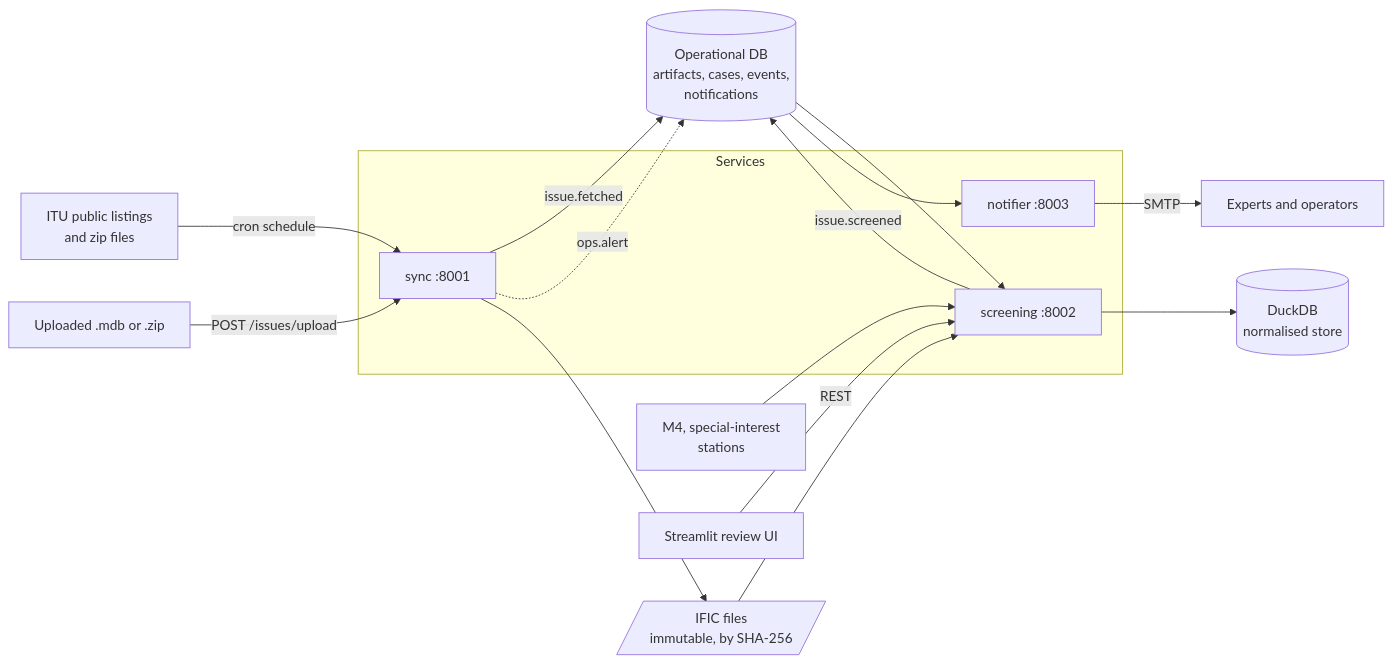
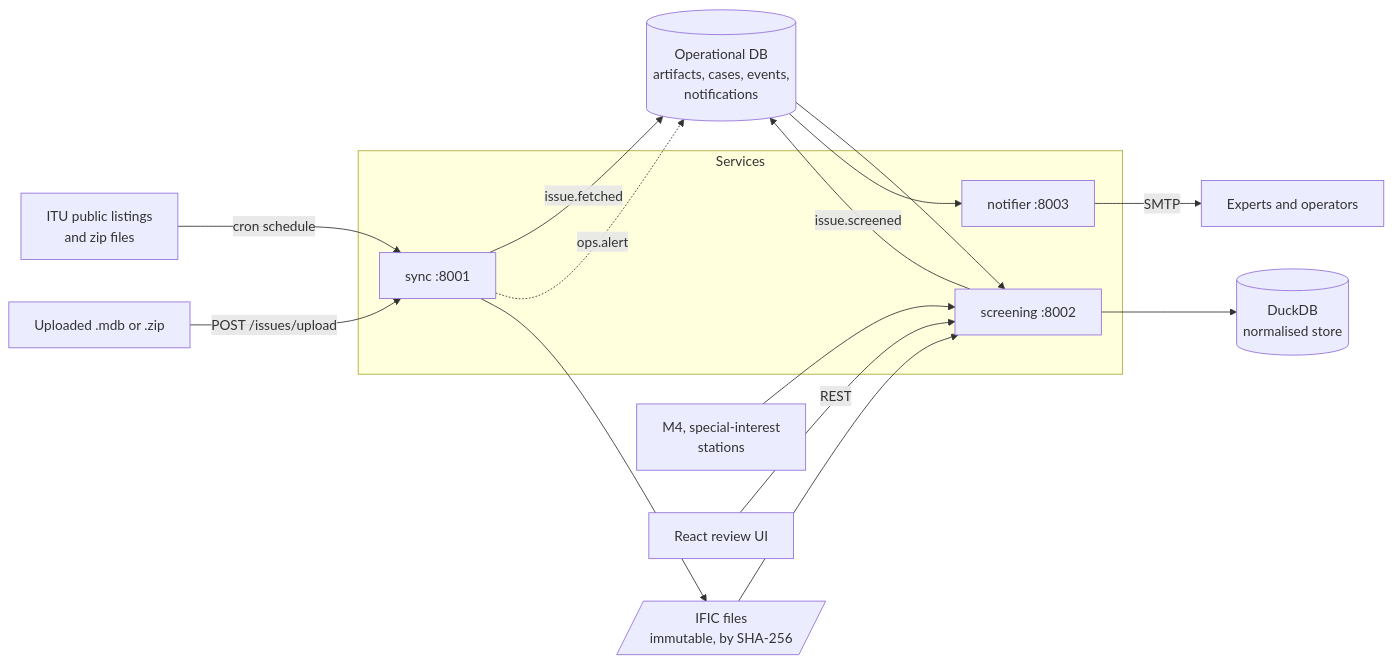
One commit to KH4St3H/taivas-guard changed the diagram in docs/services-architecture.md. Above: the diagram before and after it, drawn with Mermaid. The commit also changed other lines of this file and 16 other files, not shown here.

````diff
--- a/docs/services-architecture.md
+++ b/docs/services-architecture.md
@@ -23,25 +23,25 @@
 ```mermaid
 flowchart LR
     ITU[ITU public listings<br/>and zip files] -->|cron schedule| SYNC
     UPLOAD[Uploaded .mdb or .zip] -->|POST /issues/upload| SYNC
 
     subgraph Services
         SYNC[sync :8001]
         SCREEN[screening :8002]
         NOTIFY[notifier :8003]
     end
 
     SYNC -->|issue.fetched| OPS[(Operational DB<br/>artifacts, cases, events,<br/>notifications)]
     OPS --> SCREEN
     SCREEN -->|issue.screened| OPS
     OPS --> NOTIFY
     SYNC -.->|ops.alert| OPS
 
     SYNC --> FILES[/IFIC files<br/>immutable, by SHA-256/]
     FILES --> SCREEN
     SCREEN --> DUCK[(DuckDB<br/>normalised store)]
     NATIONAL[M4, special-interest<br/>stations] --> SCREEN
 
     NOTIFY -->|SMTP| MAIL[Experts and operators]
-    UI[Streamlit review UI] -->|REST| SCREEN
+    UI[React review UI] -->|REST| SCREEN
 ```
````
